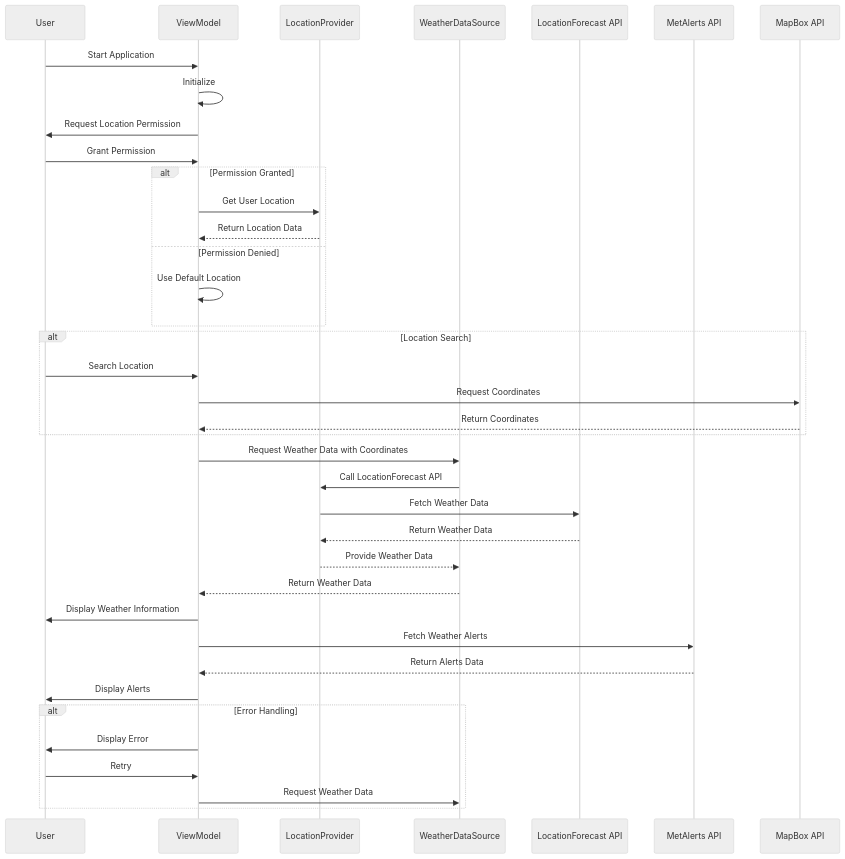
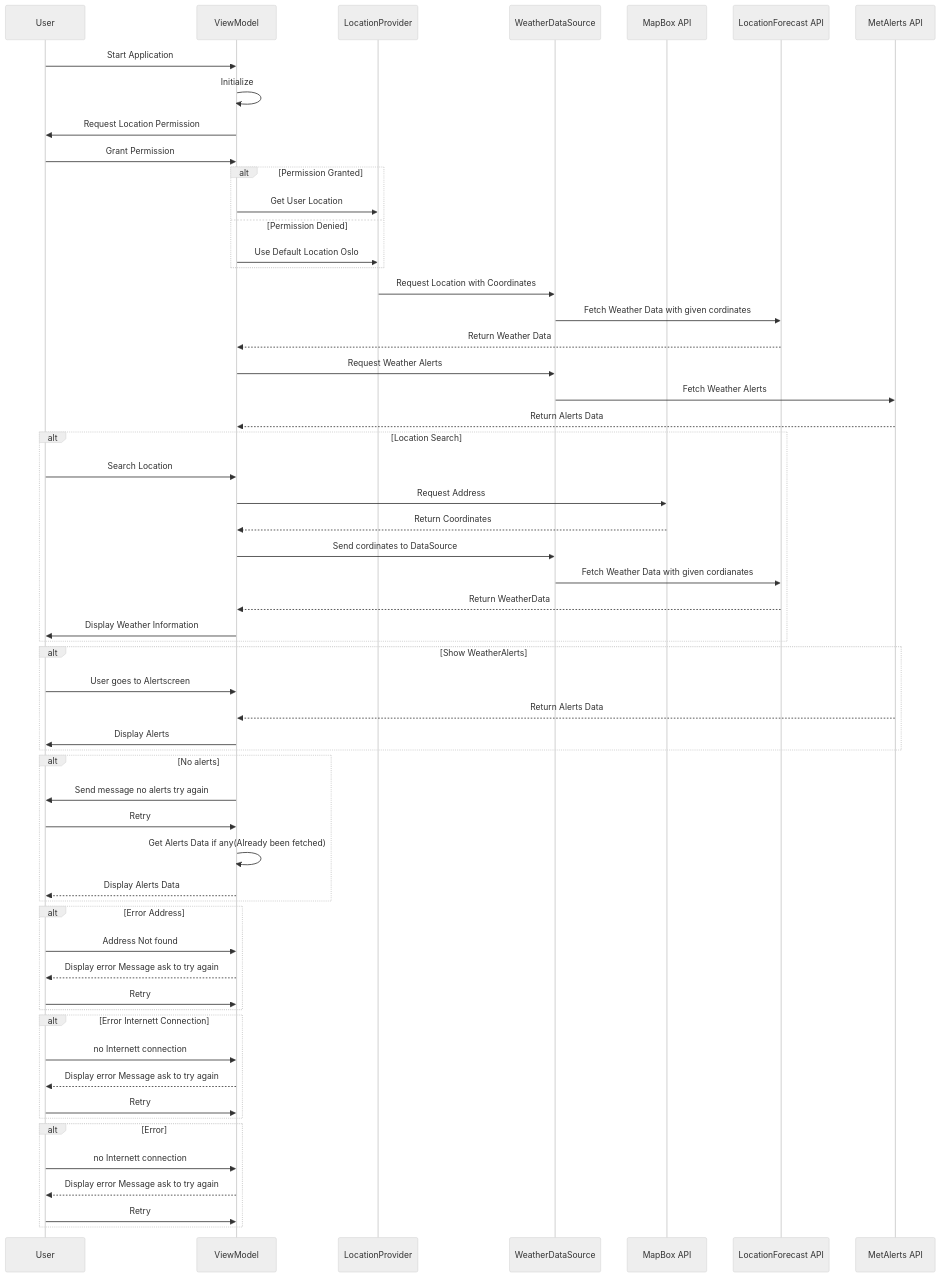
One commit to Vetledrage/WeatherApp changed the second of 3 diagrams in MODELING.md. Above: the diagram before and after it, drawn with Mermaid (neutral theme). The commit also changed other lines of this file, not shown here.

````diff
--- a/MODELING.md
+++ b/MODELING.md
@@ -183,43 +185,75 @@
 ```mermaid
 sequenceDiagram
     participant U as User
     participant VM as ViewModel
     participant H as LocationProvider
     participant DS as WeatherDataSource
+    participant MBox as MapBox API
     participant LFA as LocationForecast API
     participant MA as MetAlerts API
-    participant MBox as MapBox API
+    
+    
 
     U->>VM: Start Application
     VM->>VM: Initialize
+    
     VM->>U: Request Location Permission
     U->>VM: Grant Permission
     alt Permission Granted
         VM->>H: Get User Location
-        H-->>VM: Return Location Data
+    
     else Permission Denied
-        VM->>VM: Use Default Location
+        VM->>H: Use Default Location Oslo
     end
+        H->>DS: Request Location with Coordinates
+        DS->>LFA: Fetch Weather Data with given cordinates
+        LFA-->>VM: Return Weather Data
+        VM ->> DS: Request Weather Alerts
+        DS->>MA: Fetch Weather Alerts
+        MA-->>VM: Return Alerts Data
+        
     alt Location Search
         U->>VM: Search Location
-        VM->>MBox: Request Coordinates
+        VM->> MBox: Request Address
         MBox-->>VM: Return Coordinates
+        VM ->> DS: Send cordinates to DataSource
+        DS ->> LFA: Fetch Weather Data with given cordianates
+
+        LFA-->>VM: Return WeatherData
+        VM->>U: Display Weather Information
     end
-    VM->>DS: Request Weather Data with Coordinates
-    DS->>H: Call LocationForecast API
-    H->>LFA: Fetch Weather Data
-    LFA-->>H: Return Weather Data
-    H-->>DS: Provide Weather Data
-    DS-->>VM: Return Weather Data
-    VM->>U: Display Weather Information
 
-    VM->>MA: Fetch Weather Alerts
+    alt Show WeatherAlerts
+    U ->> VM: User goes to Alertscreen
+   
     MA-->>VM: Return Alerts Data
     VM->>U: Display Alerts
+    end
 
-    alt Error Handling
-        VM->>U: Display Error
+    alt No alerts
+        VM->>U: Send message no alerts try again
         U->>VM: Retry
-        VM->>DS: Request Weather Data
+        VM->>VM:  Get Alerts Data if any(Already been fetched)
+        VM-->>U: Display Alerts Data
     end
+
+    alt Error Address
+        U->>VM: Address Not found
+        VM-->>U: Display error Message ask to try again
+        U->>VM: Retry
+
+    end
+    alt Error Internett Connection
+        U->>VM: no Internett connection
+        VM-->>U: Display error Message ask to try again
+        U->>VM: Retry
+
+    end
+    alt Error 
+        U->>VM: no Internett connection
+        VM-->>U: Display error Message ask to try again
+        U->>VM: Retry
+
+    end
+
 ```
````
